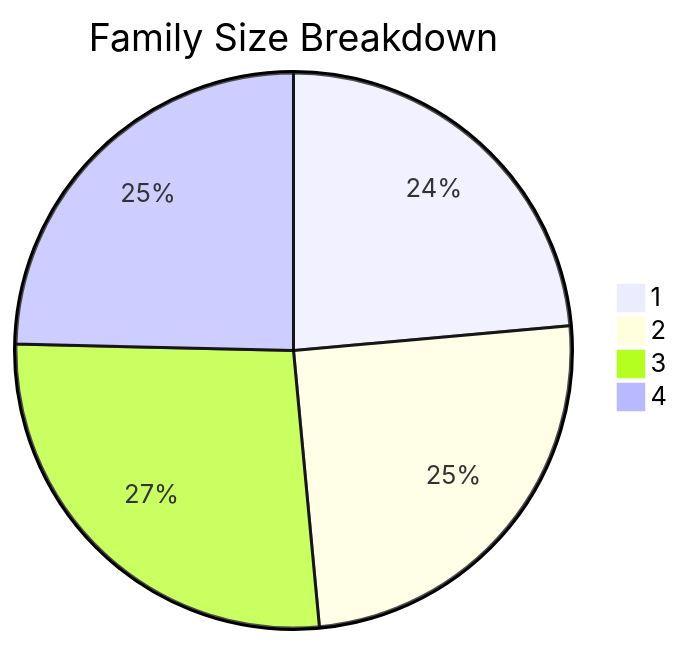
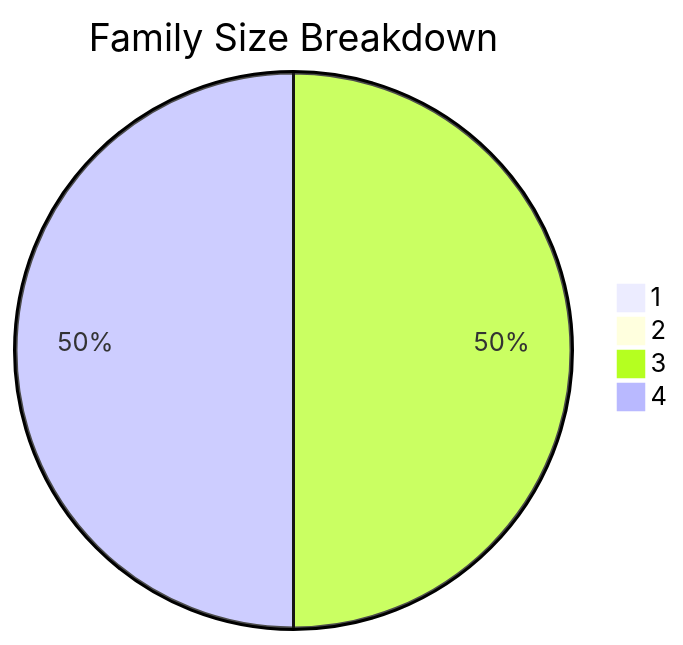
The sixth of 10 diagrams in test-tools/DataGen/src/Statistics_Visualizer.md (dhagan-va/intern-2025), drawn with Mermaid before and after one commit. The commit also changed other lines of this file and 6 other files, not shown here.

````diff
--- a/test-tools/DataGen/src/Statistics_Visualizer.md
+++ b/test-tools/DataGen/src/Statistics_Visualizer.md
@@ -66,7 +66,7 @@
 ```mermaid
 pie title Family Size Breakdown
-    "1" : 467
-    "2" : 494
-    "3" : 532
-    "4" : 488
+    "1" : 0
+    "2" : 0
+    "3" : 1
+    "4" : 1
 ```
````
